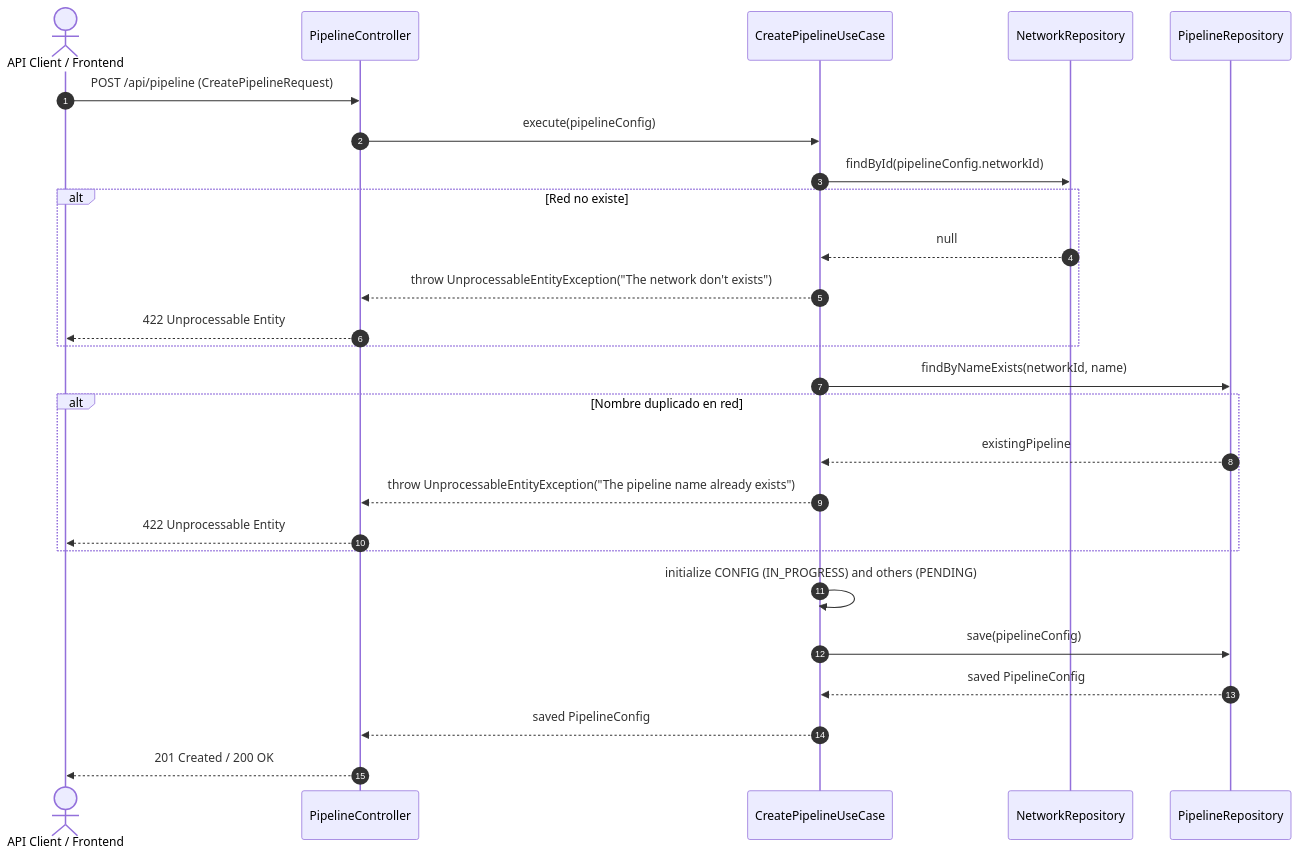
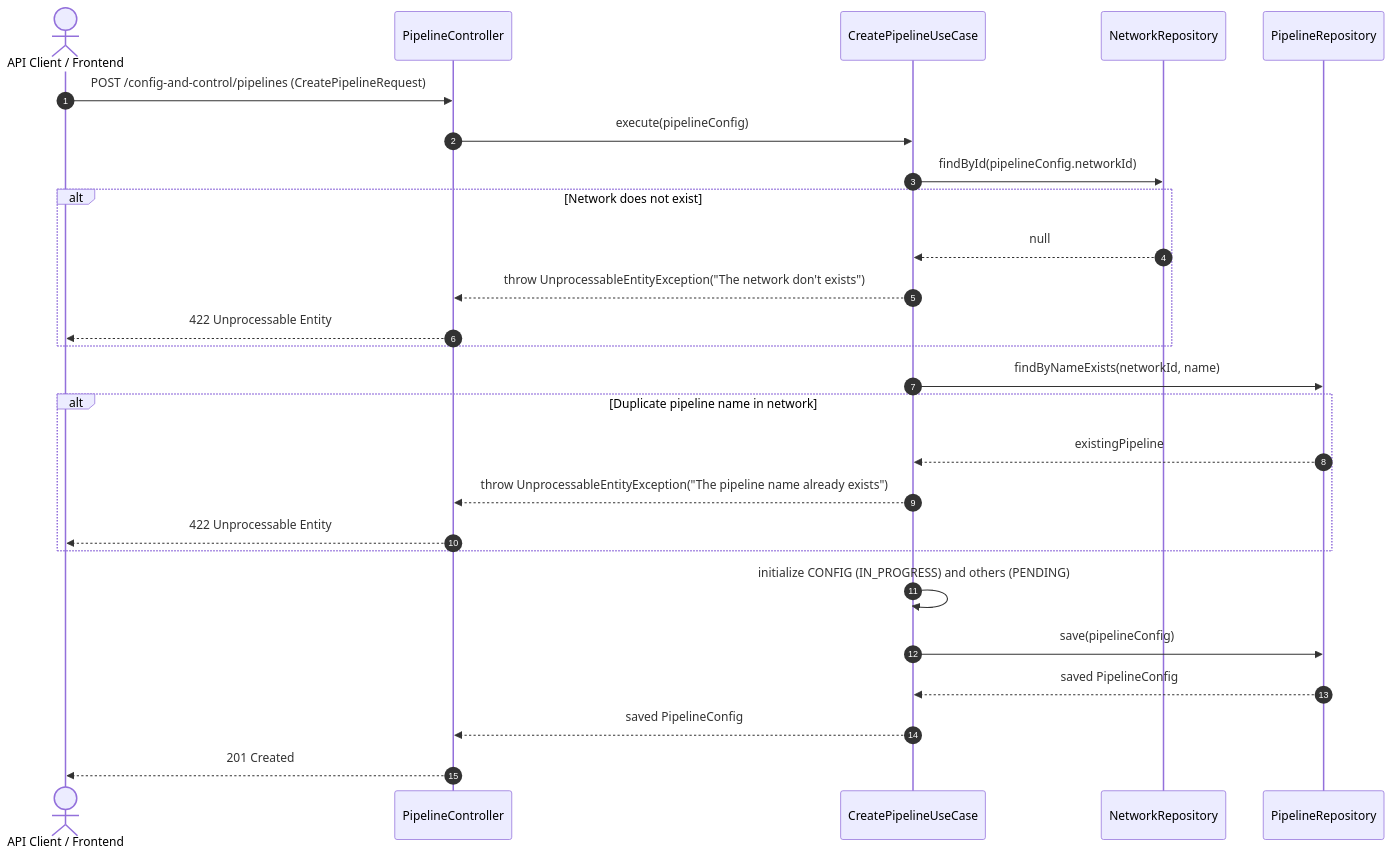
The diagram in .agents/use_cases/CreatePipelineUseCase.md (Biopatternsg-ms/config-and-control), drawn with Mermaid before and after one commit. The commit also changed other lines of this file and 16 other files, not shown here.

````diff
--- a/.agents/use_cases/CreatePipelineUseCase.md
+++ b/.agents/use_cases/CreatePipelineUseCase.md
@@ -32,29 +32,29 @@
 ```mermaid
 sequenceDiagram
     autonumber
-    actor Cliente as API Client / Frontend
+    actor Client as API Client / Frontend
     participant Controller as PipelineController
     participant UseCase as CreatePipelineUseCase
     participant NetRepo as NetworkRepository
     participant PipeRepo as PipelineRepository
 
-    Cliente->>Controller: POST /api/pipeline (CreatePipelineRequest)
+    Client->>Controller: POST /config-and-control/pipelines (CreatePipelineRequest)
     Controller->>UseCase: execute(pipelineConfig)
     UseCase->>NetRepo: findById(pipelineConfig.networkId)
-    alt Red no existe
+    alt Network does not exist
         NetRepo-->>UseCase: null
         UseCase-->>Controller: throw UnprocessableEntityException("The network don't exists")
-        Controller-->>Cliente: 422 Unprocessable Entity
+        Controller-->>Client: 422 Unprocessable Entity
     end
     UseCase->>PipeRepo: findByNameExists(networkId, name)
-    alt Nombre duplicado en red
+    alt Duplicate pipeline name in network
         PipeRepo-->>UseCase: existingPipeline
         UseCase-->>Controller: throw UnprocessableEntityException("The pipeline name already exists")
-        Controller-->>Cliente: 422 Unprocessable Entity
+        Controller-->>Client: 422 Unprocessable Entity
     end
     UseCase->>UseCase: initialize CONFIG (IN_PROGRESS) and others (PENDING)
     UseCase->>PipeRepo: save(pipelineConfig)
     PipeRepo-->>UseCase: saved PipelineConfig
     UseCase-->>Controller: saved PipelineConfig
-    Controller-->>Cliente: 201 Created / 200 OK
+    Controller-->>Client: 201 Created
 ```
````
